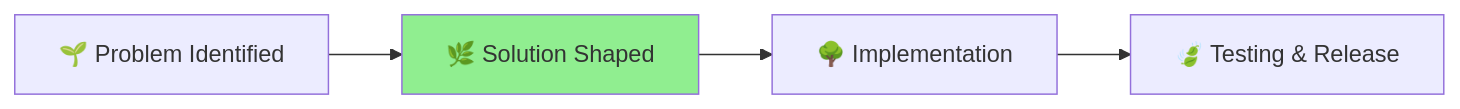
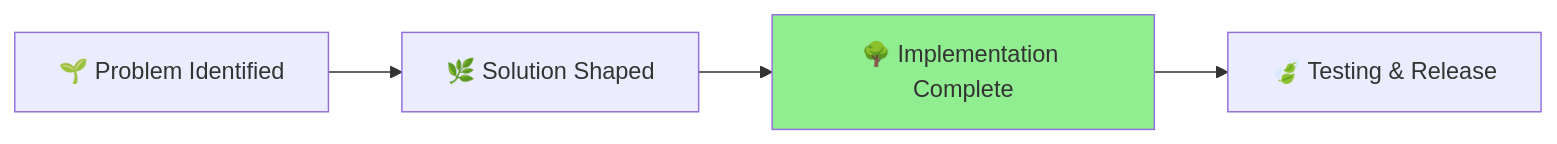
One commit to RickCogley/aichaku changed the diagram in docs/projects/active/active-2025-07-11-mcp-server-improvements/STATUS.md. Above: the diagram before and after it, drawn with Mermaid. The commit also changed other lines of this file and 1 other file, not shown here.

First line of the commit message:
docs: update MCP server improvements status - 90% complete

````diff
--- a/docs/projects/active/active-2025-07-11-mcp-server-improvements/STATUS.md
+++ b/docs/projects/active/active-2025-07-11-mcp-server-improvements/STATUS.md
@@ -10,7 +11,7 @@
 ```mermaid
 graph LR
     A[🌱 Problem Identified] --> B[🌿 Solution Shaped]
-    B --> C[🌳 Implementation]
+    B --> C[🌳 Implementation Complete]
     C --> D[🍃 Testing & Release]
-    style B fill:#90EE90
+    style C fill:#90EE90
 ```
````
